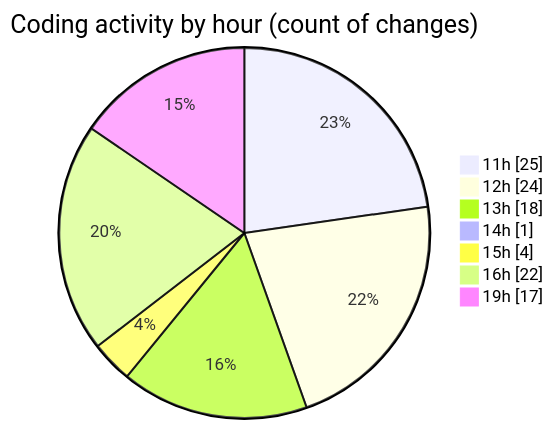
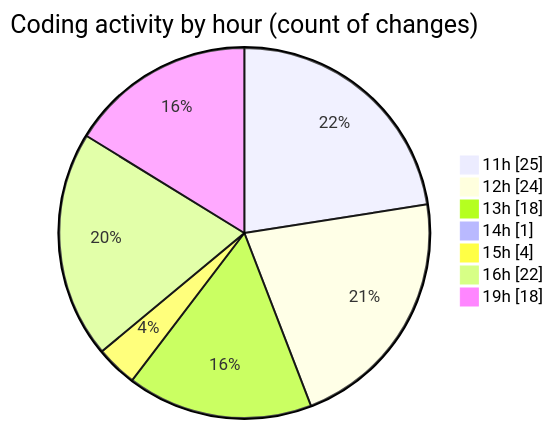
The second of 2 diagrams in 2025-04-12/myws__workspace_/README.md (MatusMokan/code-tracking), drawn with Mermaid before and after one commit. The commit also changed other lines of this file and 1 other file, not shown here.

````diff
--- a/2025-04-12/myws__workspace_/README.md
+++ b/2025-04-12/myws__workspace_/README.md
@@ -35,11 +35,11 @@
 ```mermaid
 pie showData
 title Coding activity by hour (count of changes)
 "11h" : 25
 "12h" : 24
 "13h" : 18
 "14h" : 1
 "15h" : 4
 "16h" : 22
-"19h" : 17
+"19h" : 18
 ```
````
